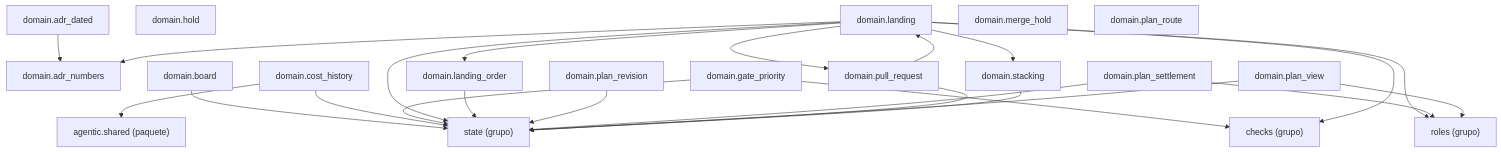
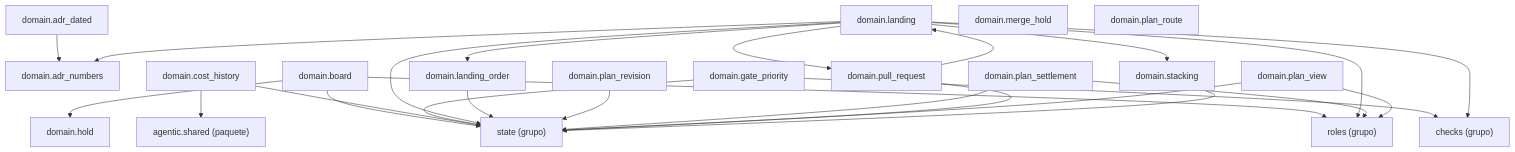
The diagram in docs/architecture/generated/packages-process-domain-landing.md (GonzaloZevallos/agentic-system), drawn with Mermaid before and after one commit. The commit also changed 17 other files, not shown here.

````diff
--- a/docs/architecture/generated/packages-process-domain-landing.md
+++ b/docs/architecture/generated/packages-process-domain-landing.md
@@ -13,44 +13,46 @@
 ```mermaid
 graph TD
     g_domain__checks["checks (grupo)"]
     g_domain__roles["roles (grupo)"]
     g_domain__state["state (grupo)"]
     g_pkg__agentic__shared["agentic.shared (paquete)"]
     m_domain__adr_dated["domain.adr_dated"]
     m_domain__adr_numbers["domain.adr_numbers"]
     m_domain__board["domain.board"]
     m_domain__cost_history["domain.cost_history"]
     m_domain__gate_priority["domain.gate_priority"]
     m_domain__hold["domain.hold"]
     m_domain__landing["domain.landing"]
     m_domain__landing_order["domain.landing_order"]
     m_domain__merge_hold["domain.merge_hold"]
     m_domain__plan_revision["domain.plan_revision"]
     m_domain__plan_route["domain.plan_route"]
     m_domain__plan_settlement["domain.plan_settlement"]
     m_domain__plan_view["domain.plan_view"]
     m_domain__pull_request["domain.pull_request"]
     m_domain__stacking["domain.stacking"]
     m_domain__adr_dated --> m_domain__adr_numbers
+    m_domain__board --> g_domain__roles
     m_domain__board --> g_domain__state
+    m_domain__board --> m_domain__hold
     m_domain__cost_history --> g_domain__state
     m_domain__cost_history --> g_pkg__agentic__shared
     m_domain__gate_priority --> g_domain__checks
     m_domain__gate_priority --> g_domain__state
     m_domain__landing --> g_domain__checks
     m_domain__landing --> g_domain__roles
     m_domain__landing --> g_domain__state
     m_domain__landing --> m_domain__adr_numbers
     m_domain__landing --> m_domain__landing_order
     m_domain__landing --> m_domain__pull_request
     m_domain__landing --> m_domain__stacking
     m_domain__landing_order --> g_domain__state
     m_domain__plan_revision --> g_domain__state
     m_domain__plan_settlement --> g_domain__roles
     m_domain__plan_settlement --> g_domain__state
     m_domain__plan_view --> g_domain__roles
     m_domain__plan_view --> g_domain__state
     m_domain__pull_request --> g_domain__state
     m_domain__pull_request --> m_domain__landing
     m_domain__stacking --> g_domain__state
 ```
````
